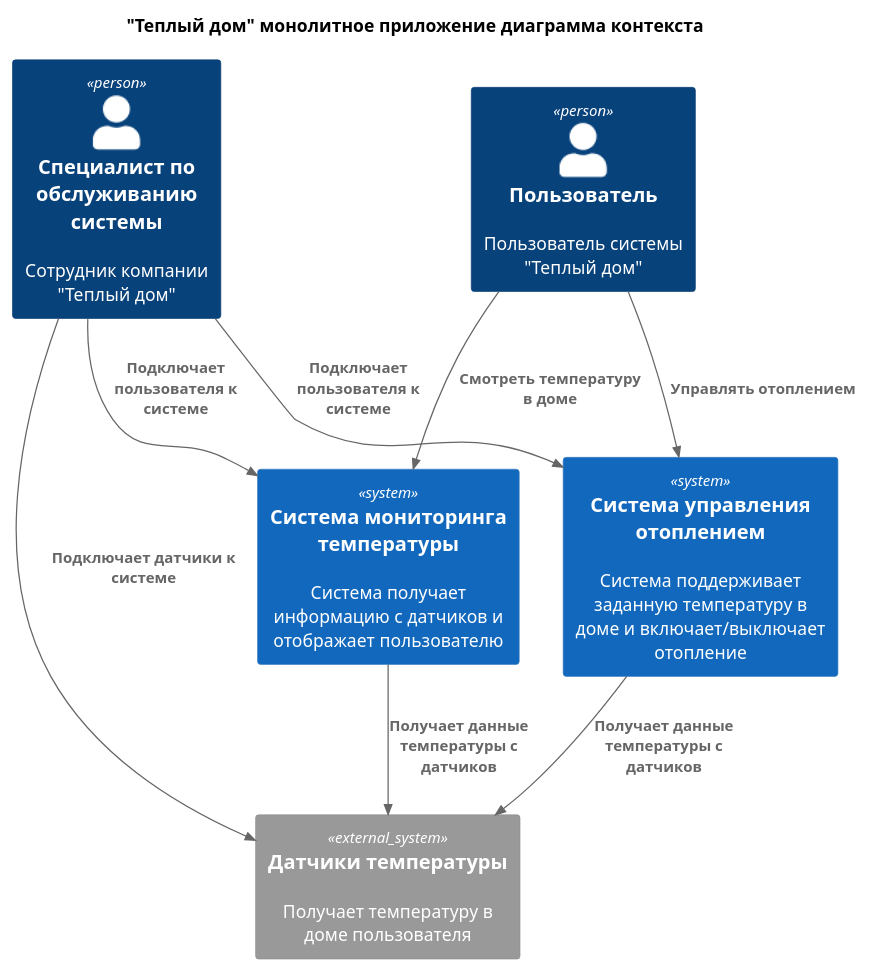
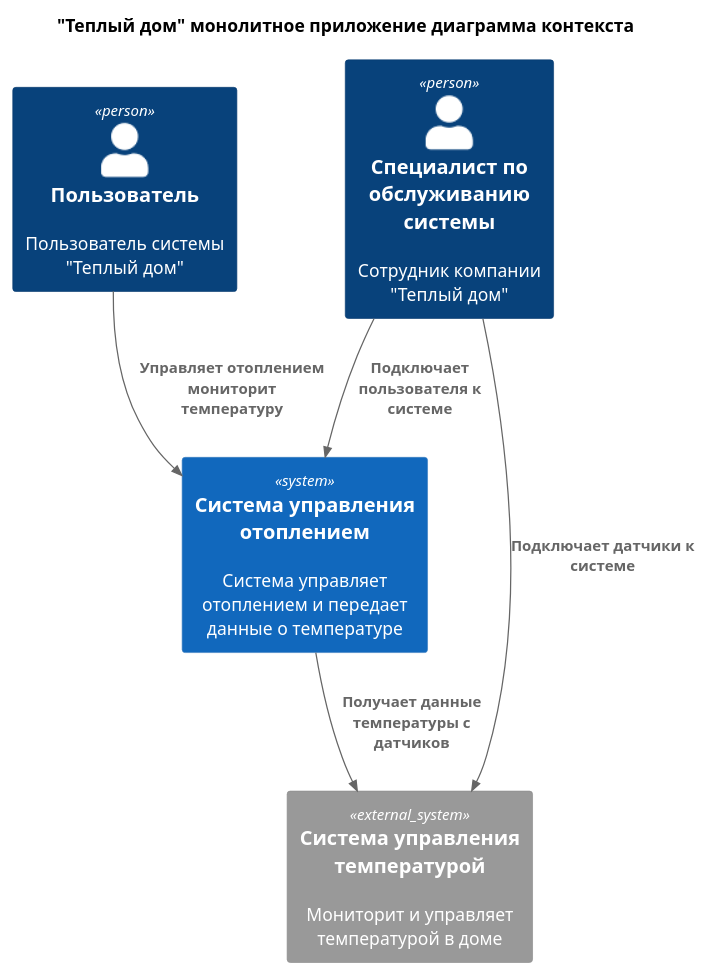
Before and after one commit to Rootman78/architecture-sprint-3: the diagram in task_1/task_1.puml, drawn with PlantUML. The commit also changed 5 other files, not shown here.

```diff
--- a/task_1/task_1.puml
+++ b/task_1/task_1.puml
@@ -1,26 +1,22 @@
 @startuml
 title "Теплый дом" монолитное приложение диаграмма контекста
 
 top to bottom direction
 
 !includeurl ./C4_Component.puml
 
 Person(user, "Пользователь", 'Пользователь системы "Теплый дом"')
 Person(admin, "Специалист по обслуживанию системы", 'Сотрудник компании "Теплый дом"')
 
-System(сontrolSystem, "Система управления отоплением", 'Система поддерживает заданную температуру в доме и включает/выключает отопление')
-System(monitoringSystem, "Система мониторинга температуры", 'Система получает информацию с датчиков и отображает пользователю')
-
-System_Ext(tempSensors, "Датчики температуры", "Получает температуру в доме пользователя")
+System(сontrolSystem, "Система управления отоплением", 'Система управляет отоплением и передает данные о температуре')
 
 
-Rel(user, сontrolSystem, "Управлять отоплением")
-Rel(user, monitoringSystem, "Смотреть температуру в доме")
+System_Ext(tempSensors, "Система управления температурой", "Мониторит и управляет температурой в доме")
+
+
+Rel(user, сontrolSystem, "Управляет отоплением мониторит температуру")
 Rel(admin,tempSensors,"Подключает датчики к системе")
 Rel(admin,сontrolSystem,"Подключает пользователя к системе")
-Rel(admin,monitoringSystem,"Подключает пользователя к системе")
-
-Rel(monitoringSystem,tempSensors,"Получает данные температуры с датчиков")
 Rel(сontrolSystem,tempSensors,"Получает данные температуры с датчиков")
 
 @enduml
```
